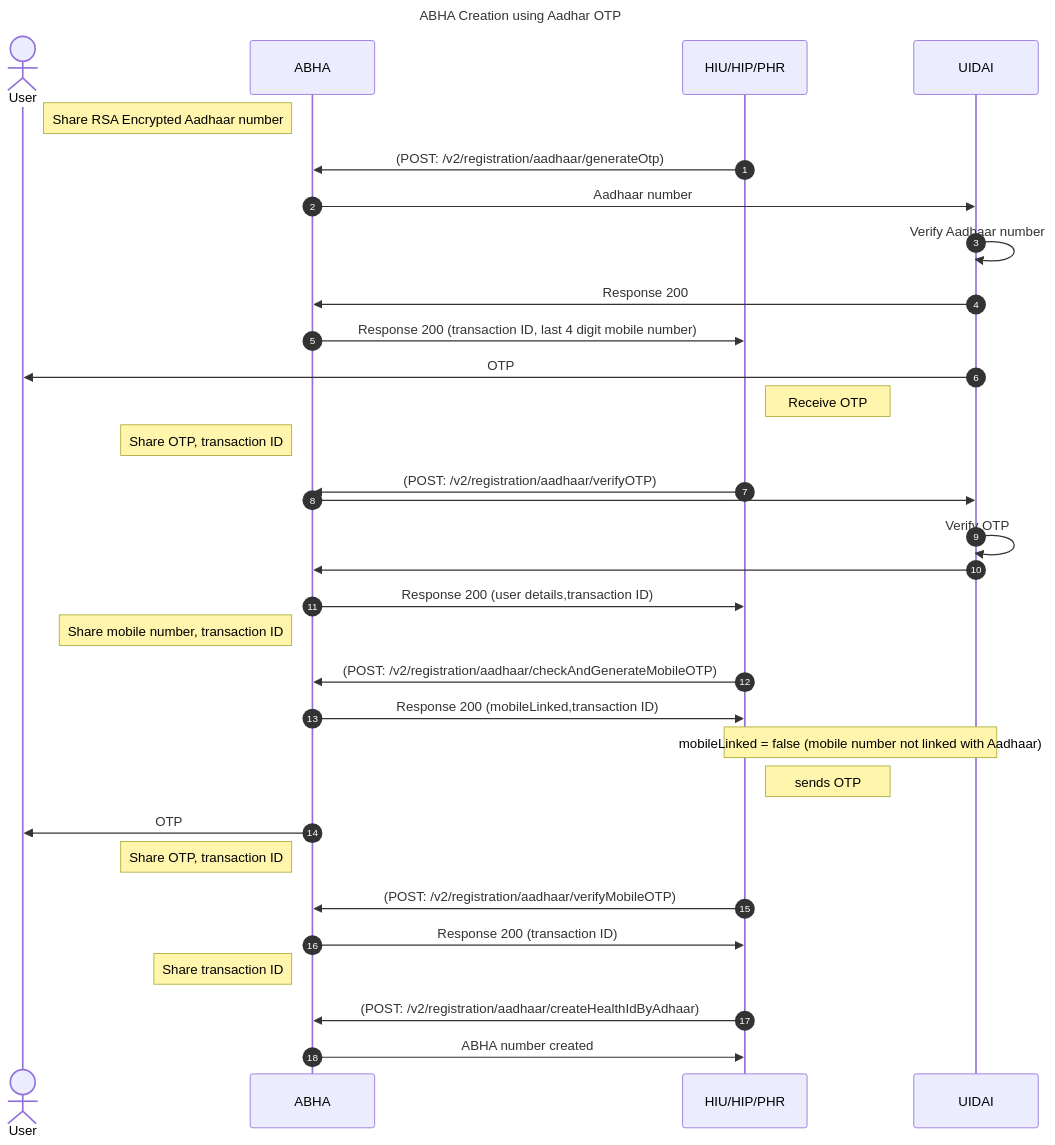
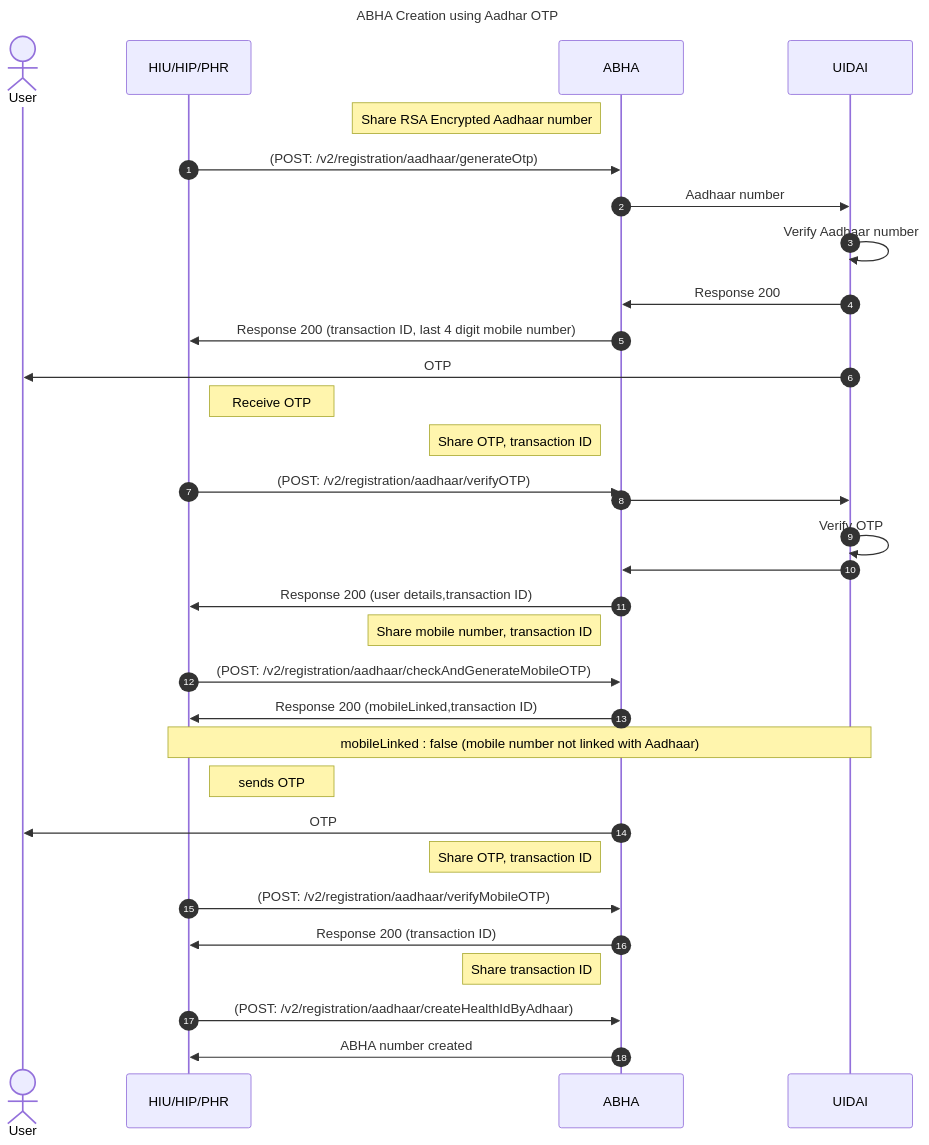
Before and after one commit to kiranma72/abdm-docs: the second of 3 diagrams in content/2-milestone1/abha-number/aadhar-otp.md, drawn with Mermaid. The commit also changed other lines of this file and 2 other files, not shown here.

```diff
--- a/content/2-milestone1/abha-number/aadhar-otp.md
+++ b/content/2-milestone1/abha-number/aadhar-otp.md
@@ -113,32 +114,33 @@
 {{< mermaid >}}
 %%{init:{"fontSize": "1.0rem", "sequence":{"showSequenceNumbers":true}}}%%
 sequenceDiagram
 title ABHA Creation using Aadhar OTP
 actor User
+participant HIU/HIP/PHR
 Note left of ABHA: Share RSA Encrypted Aadhaar number
 HIU/HIP/PHR->>ABHA: (POST: /v2/registration/aadhaar/generateOtp)
 ABHA->>UIDAI: Aadhaar number
 UIDAI->>UIDAI:Verify Aadhaar number
 UIDAI->>ABHA: Response 200
 ABHA->>HIU/HIP/PHR: Response 200 (transaction ID, last 4 digit mobile number)
 UIDAI->>User: OTP
 Note right of HIU/HIP/PHR:Receive OTP
 Note left of ABHA: Share OTP, transaction ID
 HIU/HIP/PHR->>ABHA: (POST: /v2/registration/aadhaar/verifyOTP)
 ABHA->>UIDAI: 
 UIDAI->>UIDAI:Verify OTP
 UIDAI->>ABHA: 
 ABHA->>HIU/HIP/PHR: Response 200 (user details,transaction ID)
 Note left of ABHA: Share mobile number, transaction ID
 HIU/HIP/PHR->>ABHA: (POST: /v2/registration/aadhaar/checkAndGenerateMobileOTP)
 ABHA->>HIU/HIP/PHR: Response 200 (mobileLinked,transaction ID)
-Note over HIU/HIP/PHR,UIDAI: mobileLinked = false (mobile number not linked with Aadhaar)
+Note over HIU/HIP/PHR,UIDAI: mobileLinked : false (mobile number not linked with Aadhaar)
 Note right of HIU/HIP/PHR: sends OTP
 ABHA->>User: OTP
 Note left of ABHA: Share OTP, transaction ID
 HIU/HIP/PHR->>ABHA: (POST: /v2/registration/aadhaar/verifyMobileOTP)
 ABHA->>HIU/HIP/PHR: Response 200 (transaction ID)
 Note left of ABHA: Share transaction ID
 HIU/HIP/PHR->>ABHA: (POST: /v2/registration/aadhaar/createHealthIdByAdhaar)
 ABHA->>HIU/HIP/PHR:  ABHA number created
 {{< /mermaid >}}
```
